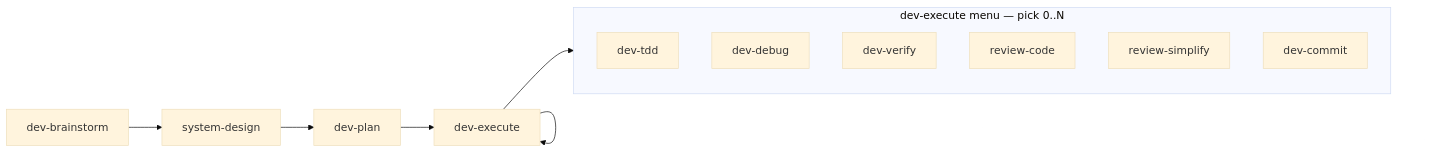
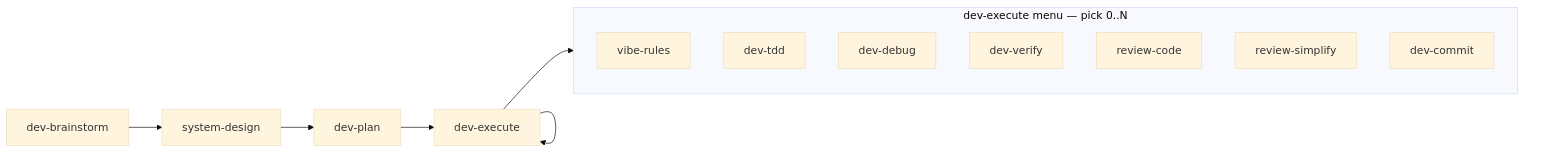
One commit to lunaxoniichan/luna-marketplace changed the diagram in docs/workflows/WORKFLOW.md. Above: the diagram before and after it, drawn with Mermaid (base theme). The commit also changed other lines of this file and 10 other files, not shown here.

First line of the commit message:
feat: v0.4.1 vibe-rules dedup — layered architecture, slim rules, unified priority

````diff
--- a/docs/workflows/WORKFLOW.md
+++ b/docs/workflows/WORKFLOW.md
@@ -56,16 +57,17 @@
 ```mermaid
 flowchart LR
     BS[dev-brainstorm] --> SD[system-design]
     SD --> PL[dev-plan]
     PL --> EX[dev-execute]
     EX --> EX
     subgraph execute_menu [dev-execute menu — pick 0..N]
+      VR[vibe-rules]
       TD[dev-tdd]
       DB[dev-debug]
       VF[dev-verify]
       RC[review-code]
       RS[review-simplify]
       CM[dev-commit]
     end
     EX --> execute_menu
 ```
````
